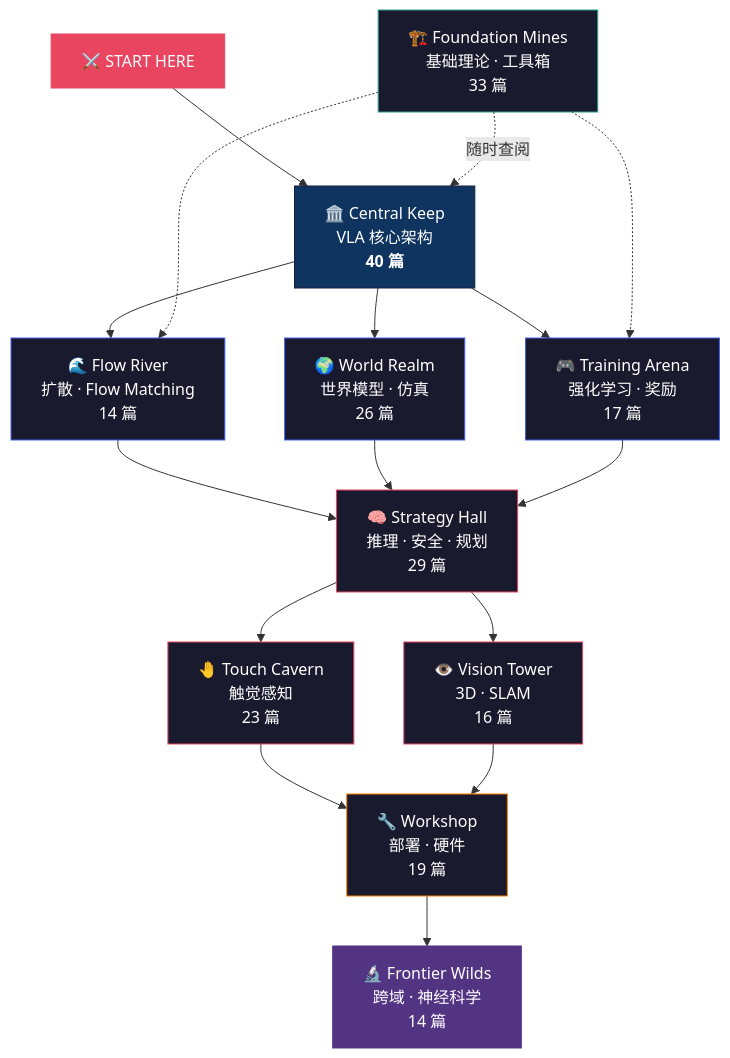
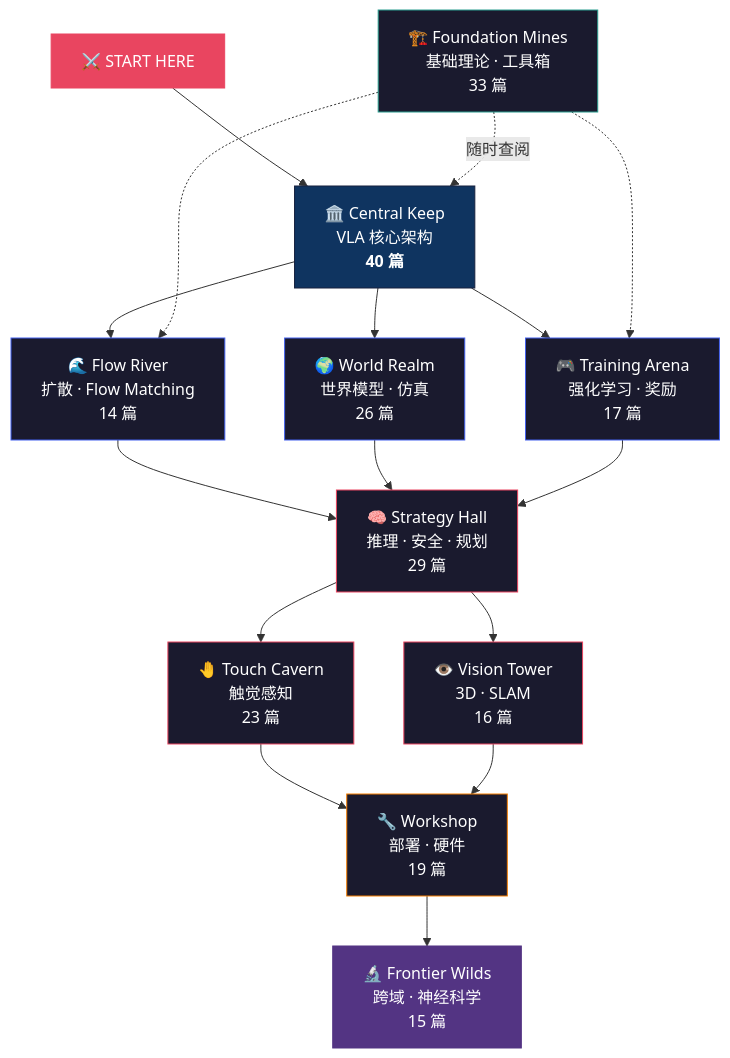
One commit to sou350121/VLA-Handbook changed the diagram in theory/README.md. Above: the diagram before and after it, drawn with Mermaid. The commit also changed other lines of this file and 1 other file, not shown here.

````diff
--- a/theory/README.md
+++ b/theory/README.md
@@ -27,36 +27,36 @@
 ```mermaid
 graph TD
     START["⚔️ START HERE"] --> CORE["🏛️ Central Keep<br/>VLA 核心架构<br/><b>40 篇</b>"]
 
     CORE --> FLOW["🌊 Flow River<br/>扩散 · Flow Matching<br/>14 篇"]
     CORE --> WORLD["🌍 World Realm<br/>世界模型 · 仿真<br/>26 篇"]
     CORE --> RL["🎮 Training Arena<br/>强化学习 · 奖励<br/>17 篇"]
 
     FLOW --> PLAN["🧠 Strategy Hall<br/>推理 · 安全 · 规划<br/>29 篇"]
     WORLD --> PLAN
     RL --> PLAN
 
     PLAN --> TOUCH["🤚 Touch Cavern<br/>触觉感知<br/>23 篇"]
     PLAN --> EYE["👁️ Vision Tower<br/>3D · SLAM<br/>16 篇"]
 
     TOUCH --> DEPLOY["🔧 Workshop<br/>部署 · 硬件<br/>19 篇"]
     EYE --> DEPLOY
 
-    DEPLOY --> FRONTIER["🔬 Frontier Wilds<br/>跨域 · 神经科学<br/>14 篇"]
+    DEPLOY --> FRONTIER["🔬 Frontier Wilds<br/>跨域 · 神经科学<br/>15 篇"]
 
     FOUND["🏗️ Foundation Mines<br/>基础理论 · 工具箱<br/>33 篇"] -.->|随时查阅| CORE
     FOUND -.-> FLOW
     FOUND -.-> RL
 
     style START fill:#e94560,stroke:#e94560,color:#fff
     style CORE fill:#0f3460,stroke:#16213e,color:#fff
     style FLOW fill:#1a1a2e,stroke:#4361ee,color:#fff
     style WORLD fill:#1a1a2e,stroke:#4361ee,color:#fff
     style RL fill:#1a1a2e,stroke:#4361ee,color:#fff
     style PLAN fill:#1a1a2e,stroke:#e94560,color:#fff
     style TOUCH fill:#1a1a2e,stroke:#e94560,color:#fff
     style EYE fill:#1a1a2e,stroke:#e94560,color:#fff
     style DEPLOY fill:#1a1a2e,stroke:#f77f00,color:#fff
     style FRONTIER fill:#533483,stroke:#533483,color:#fff
     style FOUND fill:#1a1a2e,stroke:#2a9d8f,color:#fff
 ```
````
